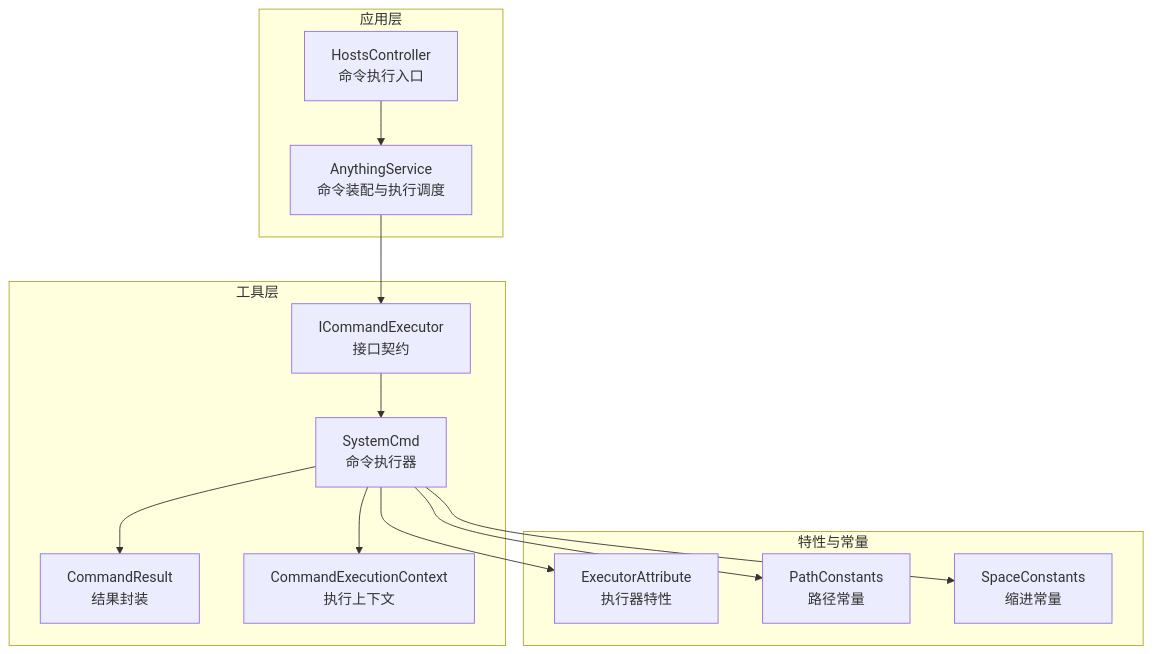
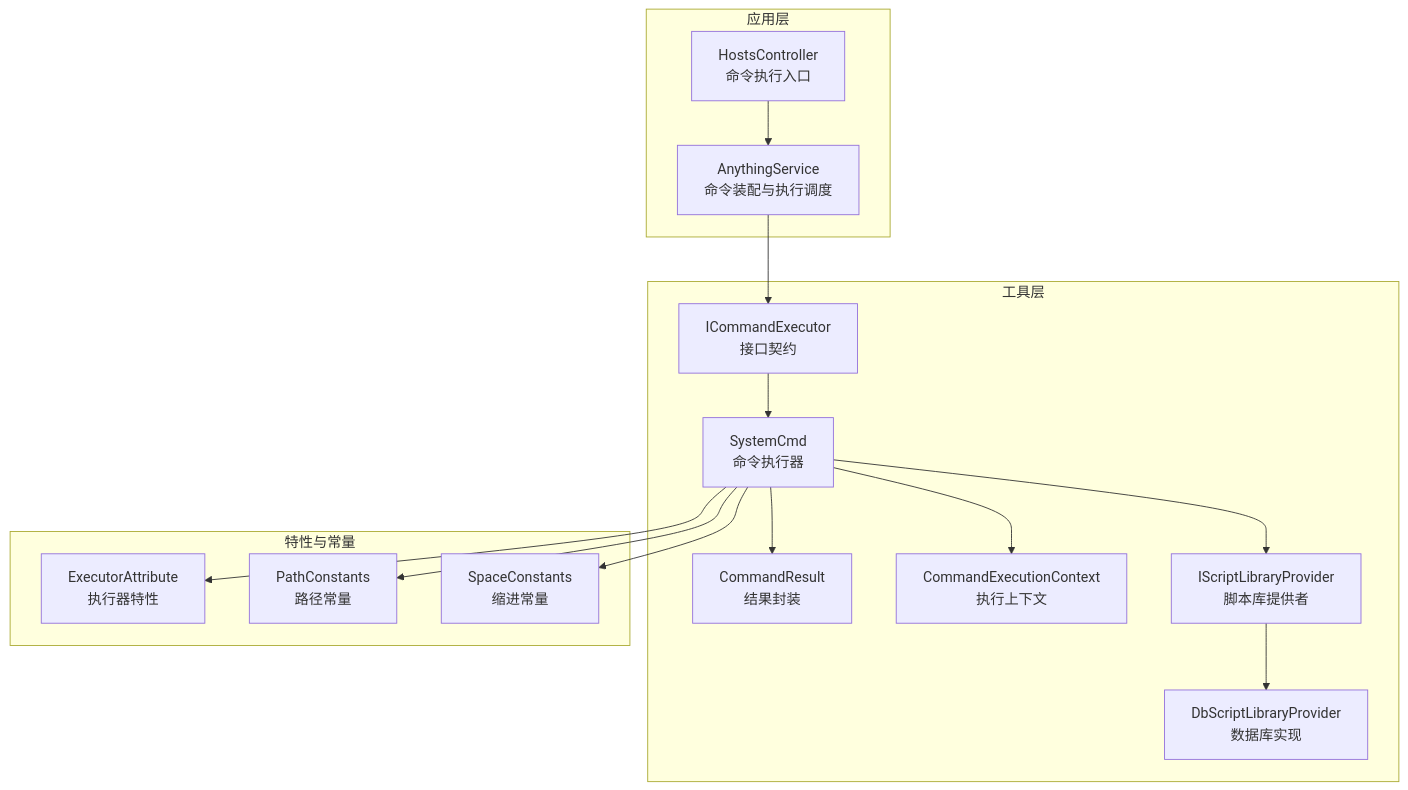
Before and after one commit to Sosososolong/AirGo: the first of 7 diagrams in .qoder/repowiki/zh/content/项目概述/核心特性/工具库系统/系统命令执行器.md, drawn with Mermaid. The commit also changed other lines of this file and 15 other files, not shown here.

````diff
--- a/.qoder/repowiki/zh/content/项目概述/核心特性/工具库系统/系统命令执行器.md
+++ b/.qoder/repowiki/zh/content/项目概述/核心特性/工具库系统/系统命令执行器.md
@@ -52,26 +56,30 @@
 ```mermaid
 graph TB
 subgraph "应用层"
 HC["HostsController<br/>命令执行入口"]
 AS["AnythingService<br/>命令装配与执行调度"]
 end
 subgraph "工具层"
 SC["SystemCmd<br/>命令执行器"]
 IC["ICommandExecutor<br/>接口契约"]
 CR["CommandResult<br/>结果封装"]
 CEC["CommandExecutionContext<br/>执行上下文"]
+ISLP["IScriptLibraryProvider<br/>脚本库提供者"]
+DSLP["DbScriptLibraryProvider<br/>数据库实现"]
 end
 subgraph "特性与常量"
 EA["ExecutorAttribute<br/>执行器特性"]
 PC["PathConstants<br/>路径常量"]
 SP["SpaceConstants<br/>缩进常量"]
 end
 HC --> AS
 AS --> IC
 IC --> SC
 SC --> CR
 SC --> CEC
+SC --> ISLP
+ISLP --> DSLP
 SC --> EA
 SC --> PC
 SC --> SP
 ```
````
